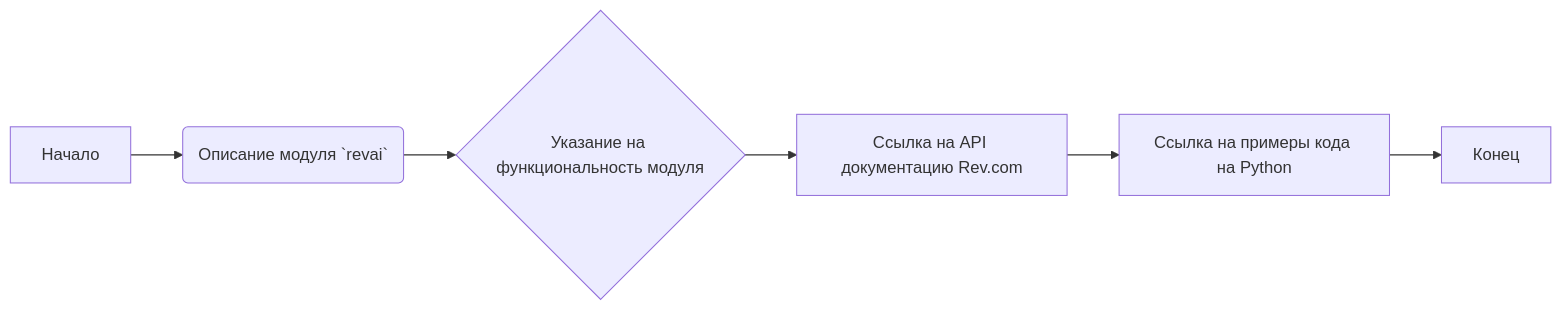
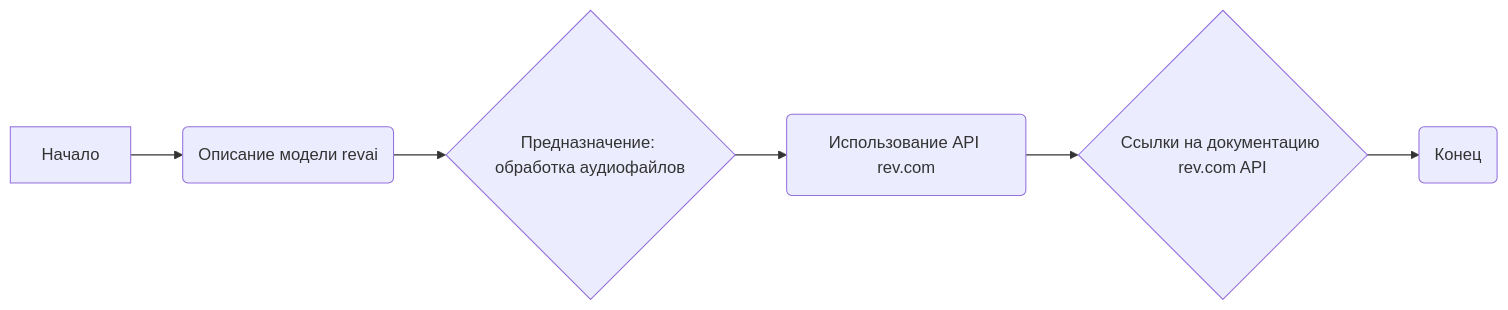
The first of 2 diagrams in docs/gemini/ru/explainer/src/ai/revai/readme.ru.md.md (hypo69/hypo), drawn with Mermaid before and after one commit. The commit also changed other lines of this file and 3338 other files, not shown here.

````diff
--- a/docs/gemini/ru/explainer/src/ai/revai/readme.ru.md.md
+++ b/docs/gemini/ru/explainer/src/ai/revai/readme.ru.md.md
@@ -11,8 +11,8 @@
 ```mermaid
 graph LR
-    A[Начало] --> B(Описание модуля `revai`);
-    B --> C{Указание на функциональность модуля};
-    C --> D[Ссылка на API документацию Rev.com];
-    D --> E[Ссылка на примеры кода на Python];
-    E --> F[Конец];
+    A[Начало] --> B(Описание модели revai);
+    B --> C{Предназначение: обработка аудиофайлов};
+    C --> D(Использование API rev.com);
+    D --> E{Ссылки на документацию rev.com API};
+    E --> F(Конец);
 ```
````
